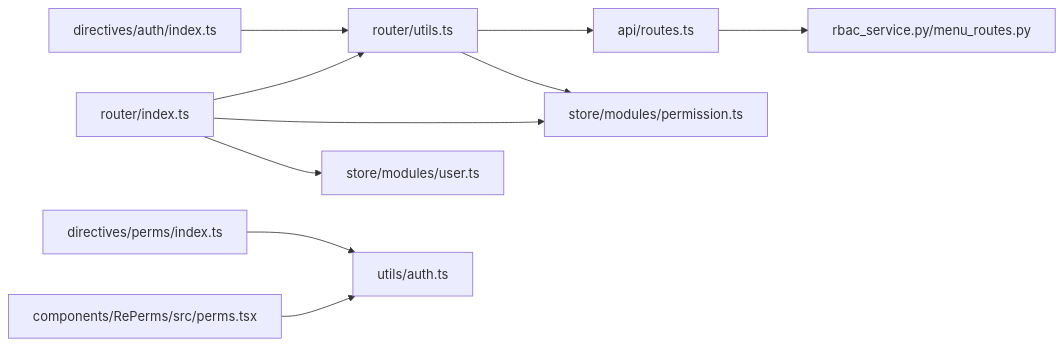
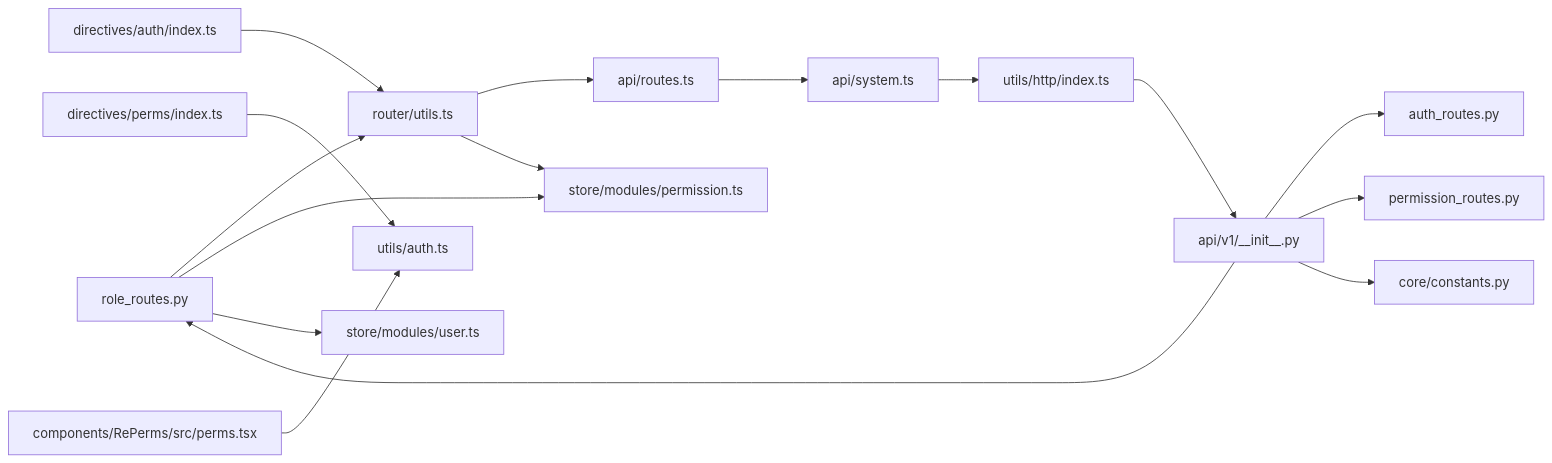
Before and after one commit to taoweidong/Hello-FastApi: the seventh of 7 diagrams in .qoder/repowiki/zh/content/RBAC 权限系统/动态权限控制.md, drawn with Mermaid. The commit also changed other lines of this file and 9 other files, not shown here.

````diff
--- a/.qoder/repowiki/zh/content/RBAC 权限系统/动态权限控制.md
+++ b/.qoder/repowiki/zh/content/RBAC 权限系统/动态权限控制.md
@@ -340,12 +379,18 @@
 ```mermaid
 graph LR
 R["router/index.ts"] --> RU["router/utils.ts"]
 RU --> API["api/routes.ts"]
 RU --> PS["store/modules/permission.ts"]
 R --> PS
 R --> US["store/modules/user.ts"]
 E["directives/perms/index.ts"] --> H["utils/auth.ts"]
 F["components/RePerms/src/perms.tsx"] --> H
 G["directives/auth/index.ts"] --> RU
-API --> S["rbac_service.py/menu_routes.py"]
+API --> SYS["api/system.ts"]
+SYS --> HTTP["utils/http/index.ts"]
+HTTP --> S["api/v1/__init__.py"]
+S --> A["auth_routes.py"]
+S --> P["permission_routes.py"]
+S --> R["role_routes.py"]
+S --> C["core/constants.py"]
 ```
````
